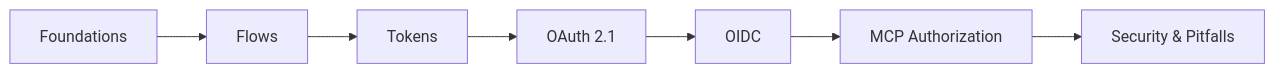
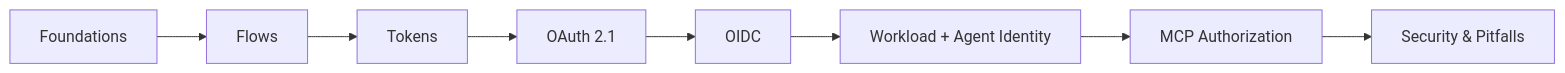
The diagram in README.md (kubiosec-agentic/oauth-deepdive), drawn with Mermaid before and after one commit. The commit also changed other lines of this file and 6 other files, not shown here.

````diff
--- a/README.md
+++ b/README.md
@@ -11,8 +11,9 @@
 ```mermaid
 flowchart LR
     A[Foundations] --> B[Flows] --> C[Tokens]
     C --> D[OAuth 2.1]
     D --> E[OIDC]
-    E --> F[MCP Authorization]
-    F --> G[Security & Pitfalls]
+    E --> F[Workload + Agent Identity]
+    F --> G[MCP Authorization]
+    G --> H[Security & Pitfalls]
 ```
````
